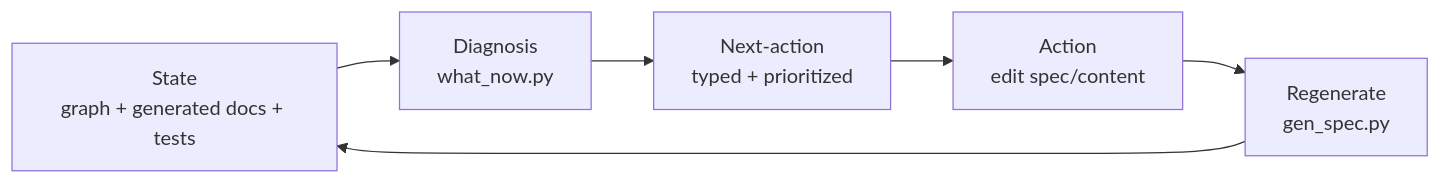
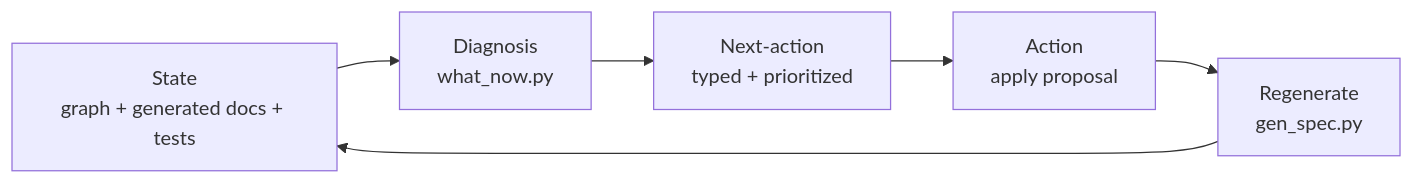
Before and after one commit to PHPCraftdream/HotamSpec: the second of 2 diagrams in docs/methodology/README.md, drawn with Mermaid. The commit also changed 43 other files, not shown here.

````diff
--- a/docs/methodology/README.md
+++ b/docs/methodology/README.md
@@ -109,8 +109,8 @@
 ```mermaid
 graph LR
     S["State<br/>graph + generated docs + tests"] --> D["Diagnosis<br/>what_now.py"]
     D --> N["Next-action<br/>typed + prioritized"]
-    N --> A["Action<br/>edit spec/content"]
+    N --> A["Action<br/>apply proposal"]
     A --> R["Regenerate<br/>gen_spec.py"]
     R --> S
 ```
````
